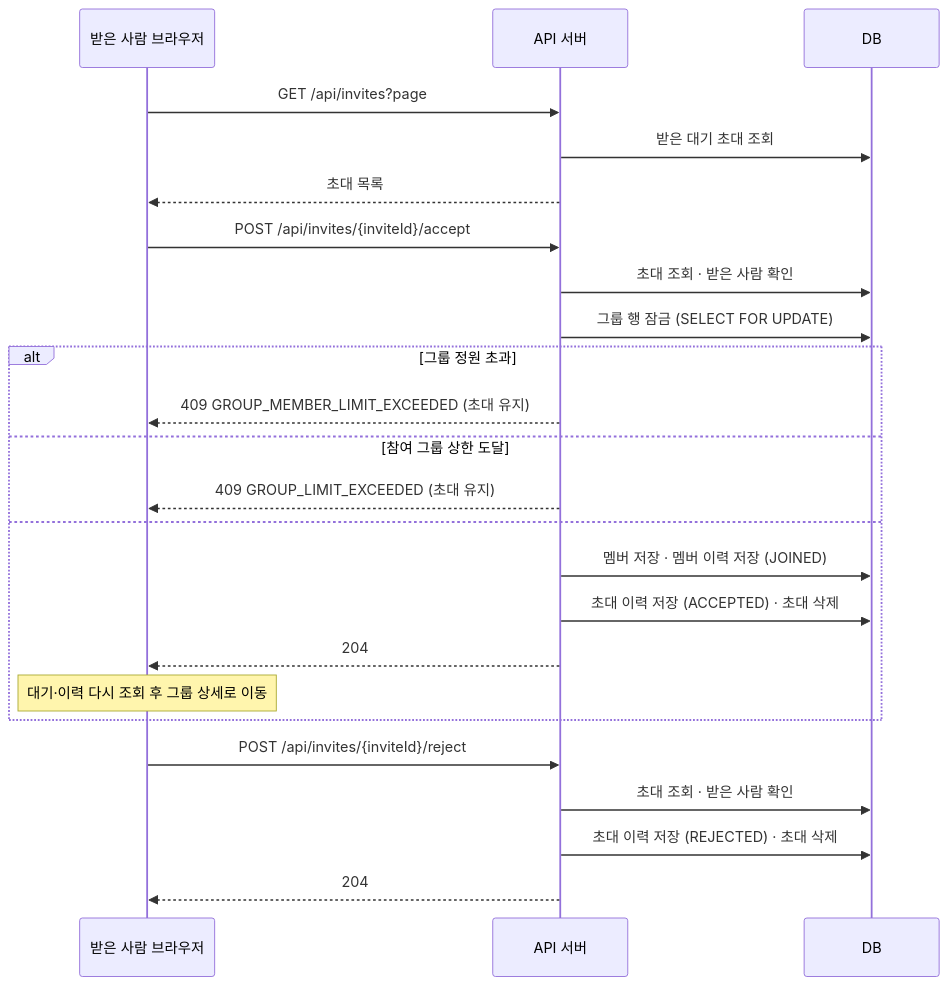
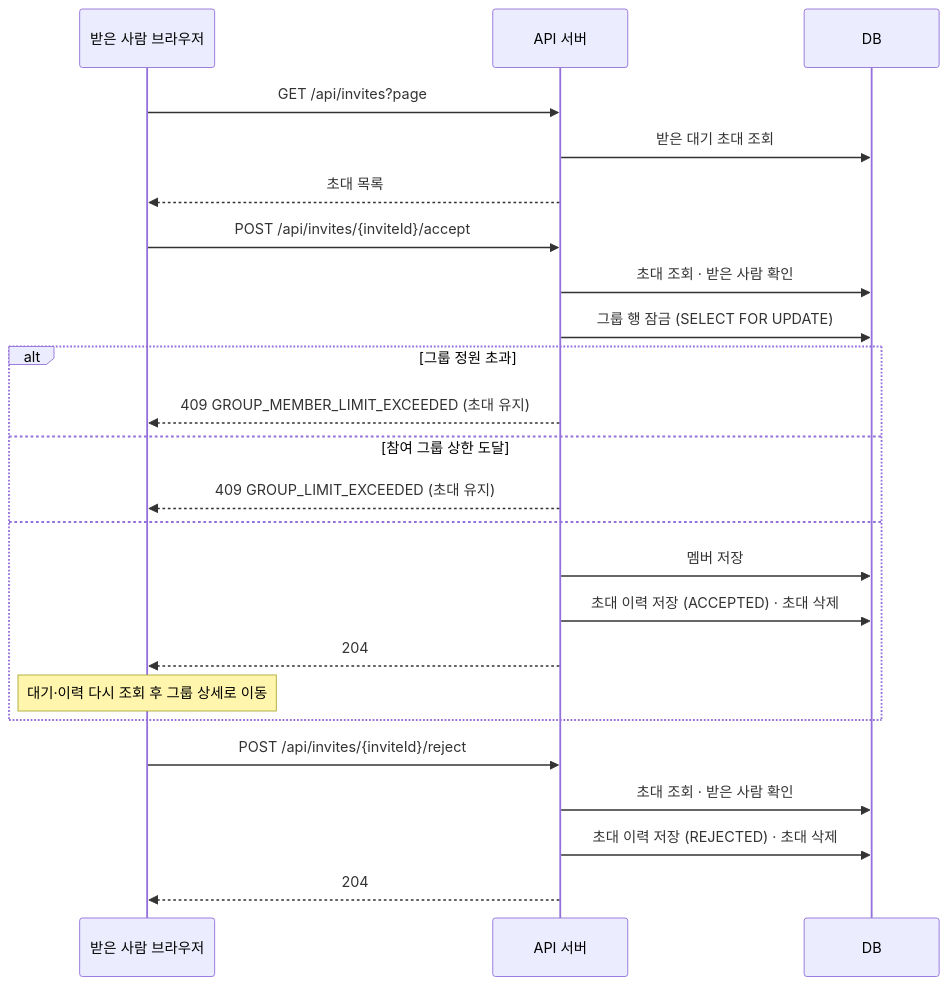
The tenth of 11 diagrams in docs/flow-sequence.md (jinyong-go/travel-recorder), drawn with Mermaid before and after one commit. The commit also changed other lines of this file and 15 other files, not shown here.

````diff
--- a/docs/flow-sequence.md
+++ b/docs/flow-sequence.md
@@ -288,29 +285,29 @@
 ```mermaid
 sequenceDiagram
     participant I as 받은 사람 브라우저
     participant A as API 서버
     participant D as DB
 
     I->>A: GET /api/invites?page
     A->>D: 받은 대기 초대 조회
     A-->>I: 초대 목록
 
     I->>A: POST /api/invites/{inviteId}/accept
     A->>D: 초대 조회 · 받은 사람 확인
     A->>D: 그룹 행 잠금 (SELECT FOR UPDATE)
     alt 그룹 정원 초과
         A-->>I: 409 GROUP_MEMBER_LIMIT_EXCEEDED (초대 유지)
     else 참여 그룹 상한 도달
         A-->>I: 409 GROUP_LIMIT_EXCEEDED (초대 유지)
     else
-        A->>D: 멤버 저장 · 멤버 이력 저장 (JOINED)
+        A->>D: 멤버 저장
         A->>D: 초대 이력 저장 (ACCEPTED) · 초대 삭제
         A-->>I: 204
         Note over I: 대기·이력 다시 조회 후 그룹 상세로 이동
     end
 
     I->>A: POST /api/invites/{inviteId}/reject
     A->>D: 초대 조회 · 받은 사람 확인
     A->>D: 초대 이력 저장 (REJECTED) · 초대 삭제
     A-->>I: 204
 ```
````
